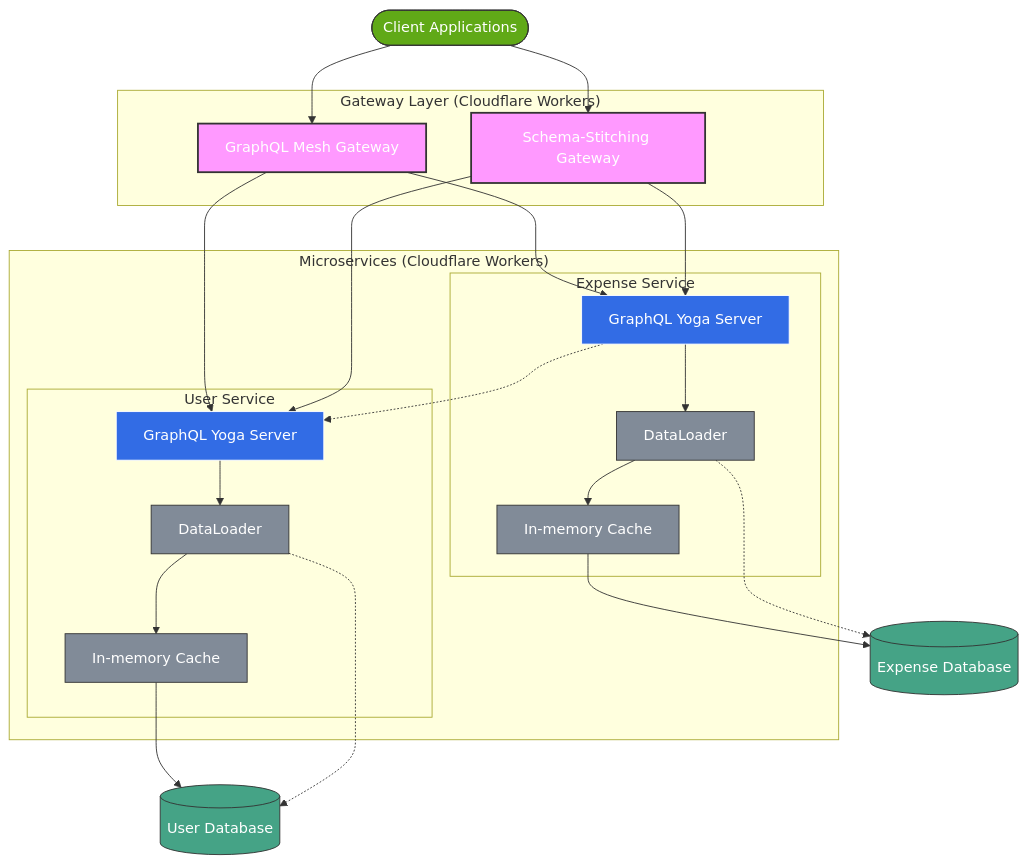
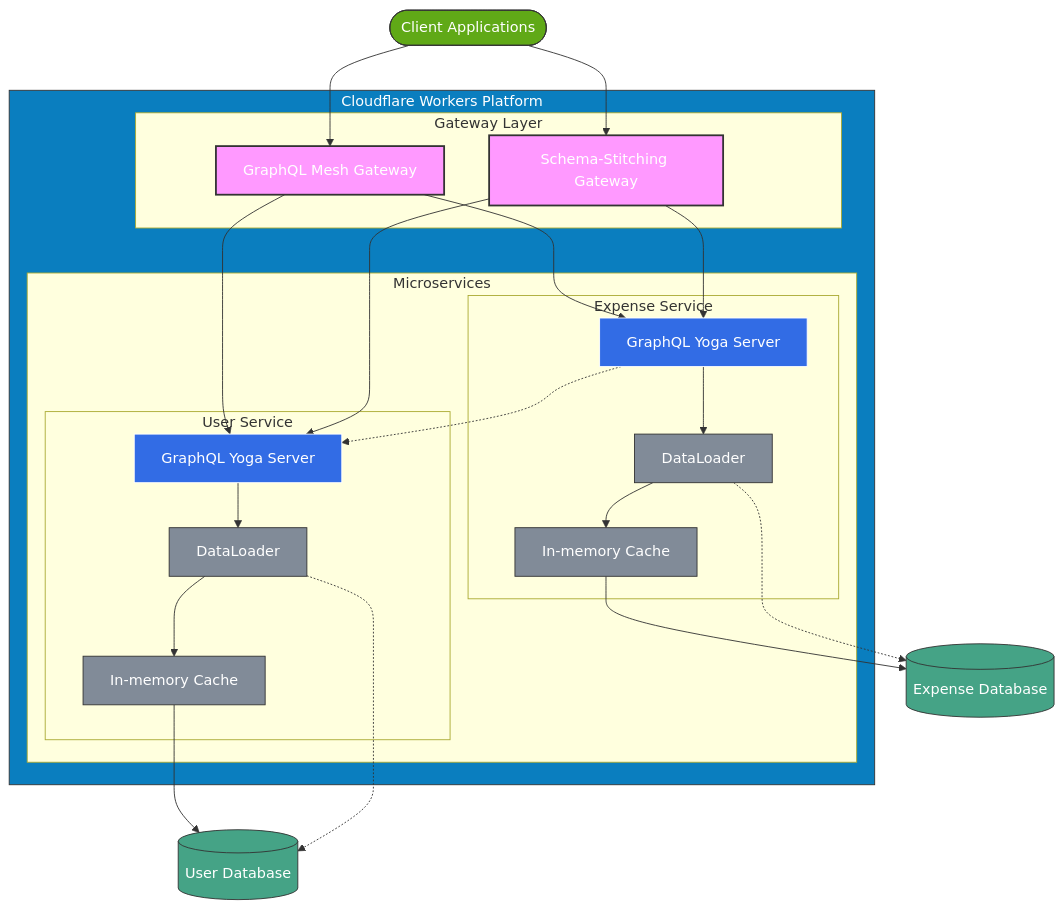
One commit to vinodhj/graphql-gateway-microservices changed the second of 3 diagrams in docs/tdd/hld.md. Above: the diagram before and after it, drawn with Mermaid.

Commit message:
diagram color fix v7

````diff
--- a/docs/tdd/hld.md
+++ b/docs/tdd/hld.md
@@ -49,53 +49,57 @@
 ```mermaid
 flowchart TD
-   Client([Client Applications]) --> MeshGateway
-   Client --> StitchingGateway
+    Client([Client Applications]) --> MeshGateway
+    Client --> StitchingGateway
 
-   subgraph GatewayLayer["Gateway Layer (Cloudflare Workers)"]
-       MeshGateway[GraphQL Mesh Gateway]
-       StitchingGateway[Schema-Stitching Gateway]
-   end
+    subgraph CloudflareWorkers["Cloudflare Workers Platform"]
+        subgraph Gateway["Gateway Layer"]
+            MeshGateway["GraphQL Mesh Gateway"]
+            StitchingGateway["Schema-Stitching Gateway"]
+        end
 
-   MeshGateway --> UserService
-   MeshGateway --> ExpenseService
-   StitchingGateway --> UserService
-   StitchingGateway --> ExpenseService
+        subgraph Microservices["Microservices"]
+            subgraph UserSvc["User Service"]
+                UserService["GraphQL Yoga Server"]
+                UserDL["DataLoader"]
+                UserCache["In-memory Cache"]
+            end
 
-   subgraph MicroservicesLayer["Microservices (Cloudflare Workers)"]
-       subgraph UserServiceBlock["User Service"]
-           UserService[GraphQL Yoga Server]
-           UserDL[DataLoader]
-           UserCache[In-memory Cache]
-       end
+            subgraph ExpenseSvc["Expense Service"]
+                ExpenseService["GraphQL Yoga Server"]
+                ExpenseDL["DataLoader"]
+                ExpenseCache["In-memory Cache"]
+            end
+        end
+    end
 
-       subgraph ExpenseServiceBlock["Expense Service"]
-           ExpenseService[GraphQL Yoga Server]
-           ExpenseDL[DataLoader]
-           ExpenseCache[In-memory Cache]
-       end
-   end
+    MeshGateway --> UserService
+    MeshGateway --> ExpenseService
+    StitchingGateway --> UserService
+    StitchingGateway --> ExpenseService
 
-   UserService --> UserDL
-   UserDL --> UserCache
-   UserCache --> UserDB[(User Database)]
-   UserDL -.-> UserDB
+    UserService --> UserDL
+    UserDL --> UserCache
+    UserCache --> UserDB[(User Database)]
+    UserDL -.-> UserDB
 
-   ExpenseService --> ExpenseDL
-   ExpenseDL --> ExpenseCache
-   ExpenseCache --> ExpenseDB[(Expense Database)]
-   ExpenseDL -.-> ExpenseDB
+    ExpenseService --> ExpenseDL
+    ExpenseDL --> ExpenseCache
+    ExpenseCache --> ExpenseDB[(Expense Database)]
+    ExpenseDL -.-> ExpenseDB
 
-   ExpenseService -.-> UserService
+    ExpenseService -.-> UserService
 
-   classDef gateway fill:#f9f,stroke:#333,stroke-width:2px,color:#fff
-   classDef service fill:#326ce5,stroke:#fff,stroke-width:1px,color:#fff
-   classDef optimization fill:#818b98,stroke:#333,stroke-width:1px,color:#fff
-   classDef db fill:#45a386,stroke:#333,stroke-width:1px,color:#fff
-   classDef client fill:#60a917,stroke:#333,stroke-width:1px,color:#fff
+    classDef gateway fill:#f9f,stroke:#333,stroke-width:2px,color:#fff
+    classDef service fill:#326ce5,stroke:#fff,stroke-width:1px,color:#fff
+    classDef optimization fill:#818b98,stroke:#333,stroke-width:1px,color:#fff
+    classDef db fill:#45a386,stroke:#333,stroke-width:1px,color:#fff
+    classDef client fill:#60a917,stroke:#333,stroke-width:1px,color:#fff
+    classDef platform fill:#0a7ebf,stroke:#333,stroke-width:1px,color:#fff
 
-   class MeshGateway,StitchingGateway gateway
-   class UserService,ExpenseService service
-   class UserDL,UserCache,ExpenseDL,ExpenseCache optimization
-   class UserDB,ExpenseDB db
-   class Client client
+    class MeshGateway,StitchingGateway gateway
+    class UserService,ExpenseService service
+    class UserDL,UserCache,ExpenseDL,ExpenseCache optimization
+    class UserDB,ExpenseDB db
+    class Client client
+    class CloudflareWorkers platform
 ```
````
